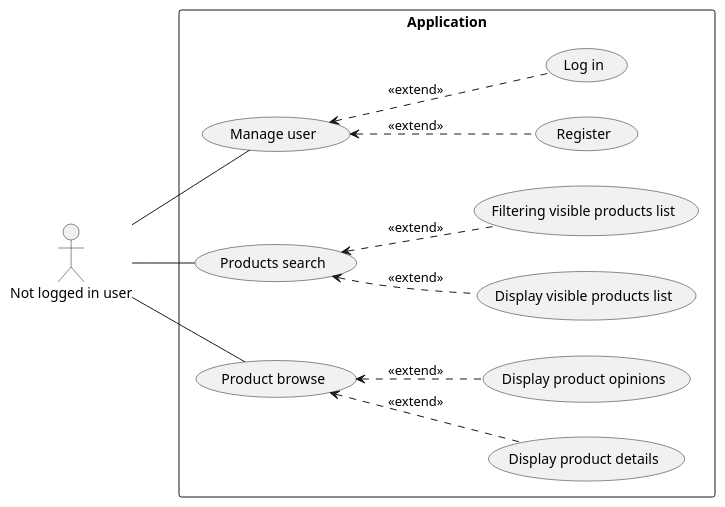
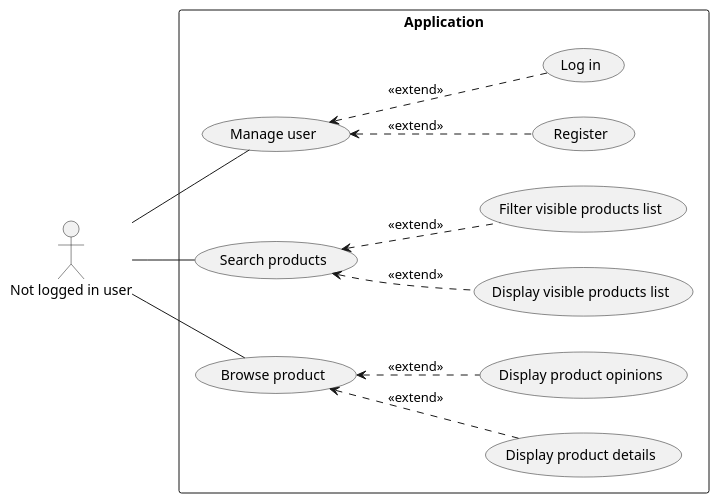
The third of 5 diagrams in README.md (RadekBucki/OpinionCollectorArchitecture), drawn with PlantUML before and after one commit. The commit also changed other lines of this file, not shown here.

````diff
--- a/README.md
+++ b/README.md
@@ -73,24 +73,24 @@
 ```plantuml
 @startuml
 
 left to right direction
 
 actor "Not logged in user" AS customer
 
 rectangle Application {
     customer -- (Manage user)
-    customer -- (Products search)
-    customer -- (Product browse)
+    customer -- (Search products)
+    customer -- (Browse product)
     
     (Manage user) <.. (Register): <<extend>>
     (Manage user) <.. (Log in): <<extend>>
     
-    (Products search) <.. (Display visible products list): <<extend>>
-    (Products search) <.. (Filtering visible products list): <<extend>>
+    (Search products) <.. (Display visible products list): <<extend>>
+    (Search products) <.. (Filter visible products list): <<extend>>
     
-    (Product browse) <.. (Display product details): <<extend>>
-    (Product browse) <.. (Display product opinions): <<extend>>
+    (Browse product) <.. (Display product details): <<extend>>
+    (Browse product) <.. (Display product opinions): <<extend>>
 }
 
 @enduml
 ```
````
